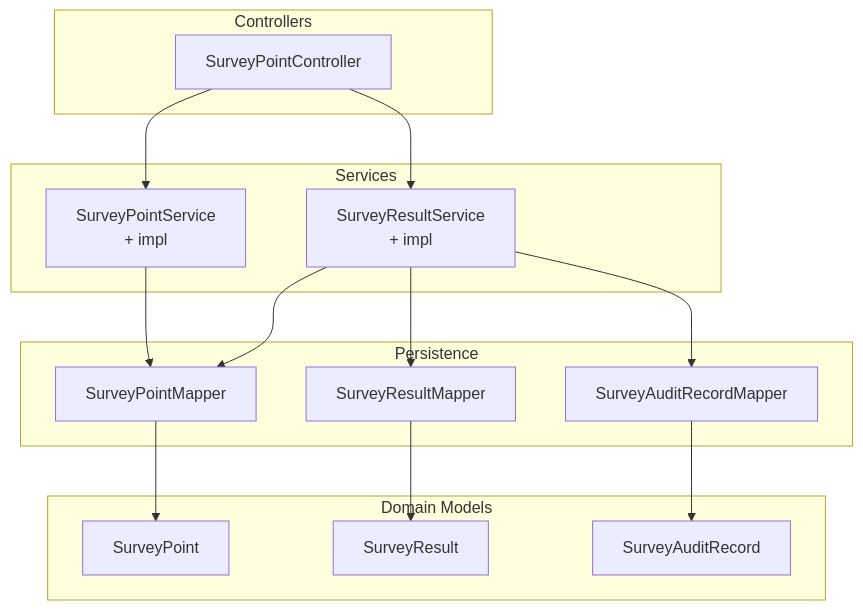
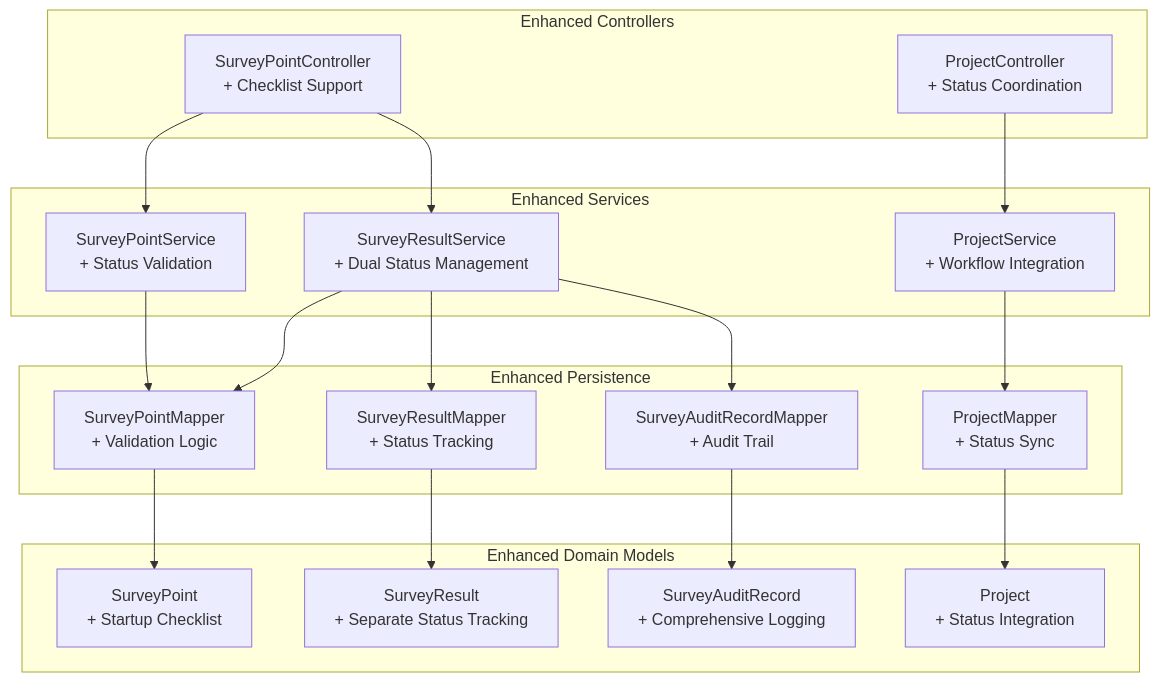
One commit to bo961386926/Survey-App changed the first of 4 diagrams in .qoder/repowiki/en/content/Survey Point Management/Status Workflow & Lifecycle Management.md. Above: the diagram before and after it, drawn with Mermaid. The commit also changed other lines of this file and 7 other files, not shown here.

````diff
--- a/.qoder/repowiki/en/content/Survey Point Management/Status Workflow & Lifecycle Management.md
+++ b/.qoder/repowiki/en/content/Survey Point Management/Status Workflow & Lifecycle Management.md
@@ -45,29 +58,36 @@
 ```mermaid
 graph TB
-subgraph "Domain Models"
-SP["SurveyPoint"]
-SR["SurveyResult"]
-SAR["SurveyAuditRecord"]
+subgraph "Enhanced Domain Models"
+SP["SurveyPoint<br/>+ Startup Checklist"]
+SR["SurveyResult<br/>+ Separate Status Tracking"]
+SAR["SurveyAuditRecord<br/>+ Comprehensive Logging"]
+PJ["Project<br/>+ Status Integration"]
 end
-subgraph "Services"
-SPSvc["SurveyPointService<br/>+ impl"]
-SRSvc["SurveyResultService<br/>+ impl"]
+subgraph "Enhanced Services"
+SPSvc["SurveyPointService<br/>+ Status Validation"]
+SRSvc["SurveyResultService<br/>+ Dual Status Management"]
+PJSvc["ProjectService<br/>+ Workflow Integration"]
 end
-subgraph "Controllers"
-SPCTL["SurveyPointController"]
+subgraph "Enhanced Controllers"
+SPCTL["SurveyPointController<br/>+ Checklist Support"]
+PJCTL["ProjectController<br/>+ Status Coordination"]
 end
-subgraph "Persistence"
-SPM["SurveyPointMapper"]
-SRM["SurveyResultMapper"]
-SARM["SurveyAuditRecordMapper"]
+subgraph "Enhanced Persistence"
+SPM["SurveyPointMapper<br/>+ Validation Logic"]
+SRM["SurveyResultMapper<br/>+ Status Tracking"]
+SARM["SurveyAuditRecordMapper<br/>+ Audit Trail"]
+PJM["ProjectMapper<br/>+ Status Sync"]
 end
 SPCTL --> SPSvc
 SPCTL --> SRSvc
+PJCTL --> PJSvc
 SPSvc --> SPM
 SRSvc --> SRM
 SRSvc --> SPM
 SRSvc --> SARM
+PJSvc --> PJM
 SPM --> SP
 SRM --> SR
 SARM --> SAR
+PJM --> PJ
 ```
````
